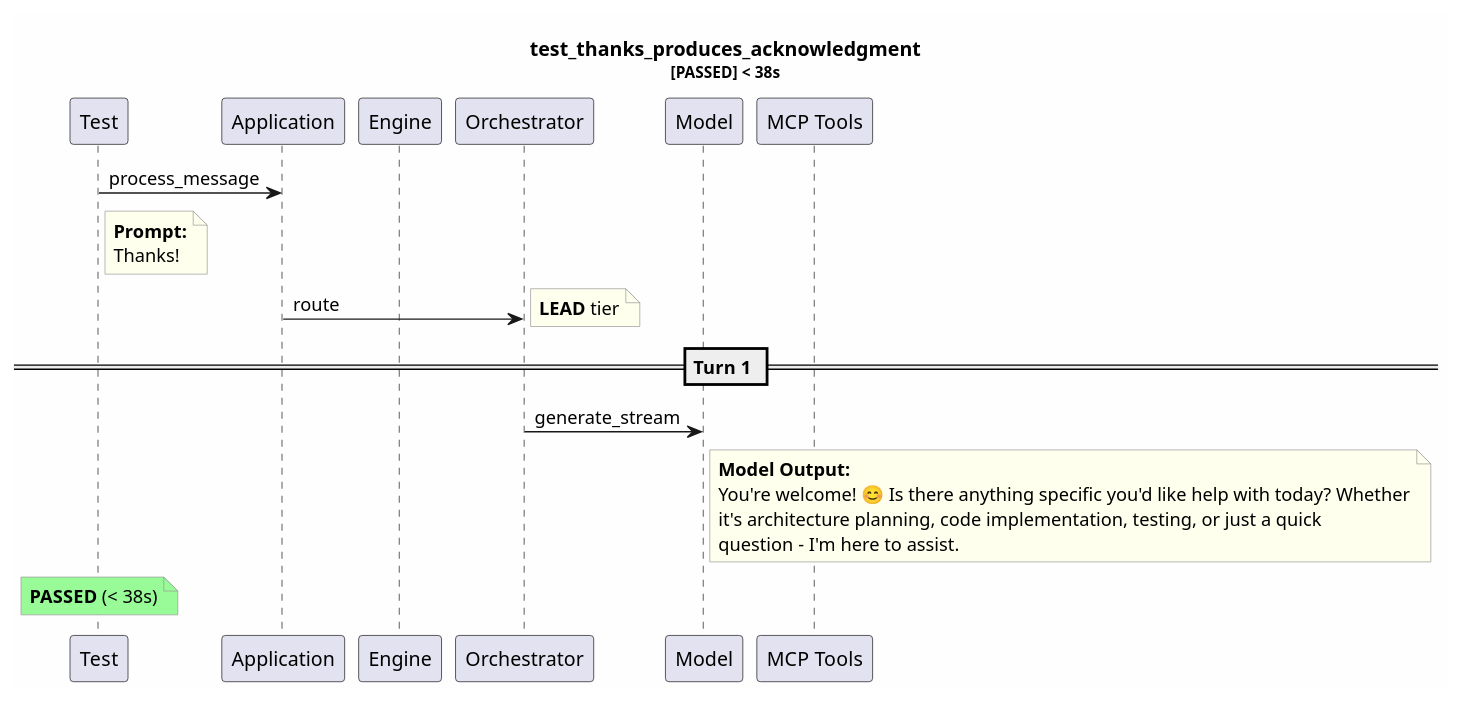
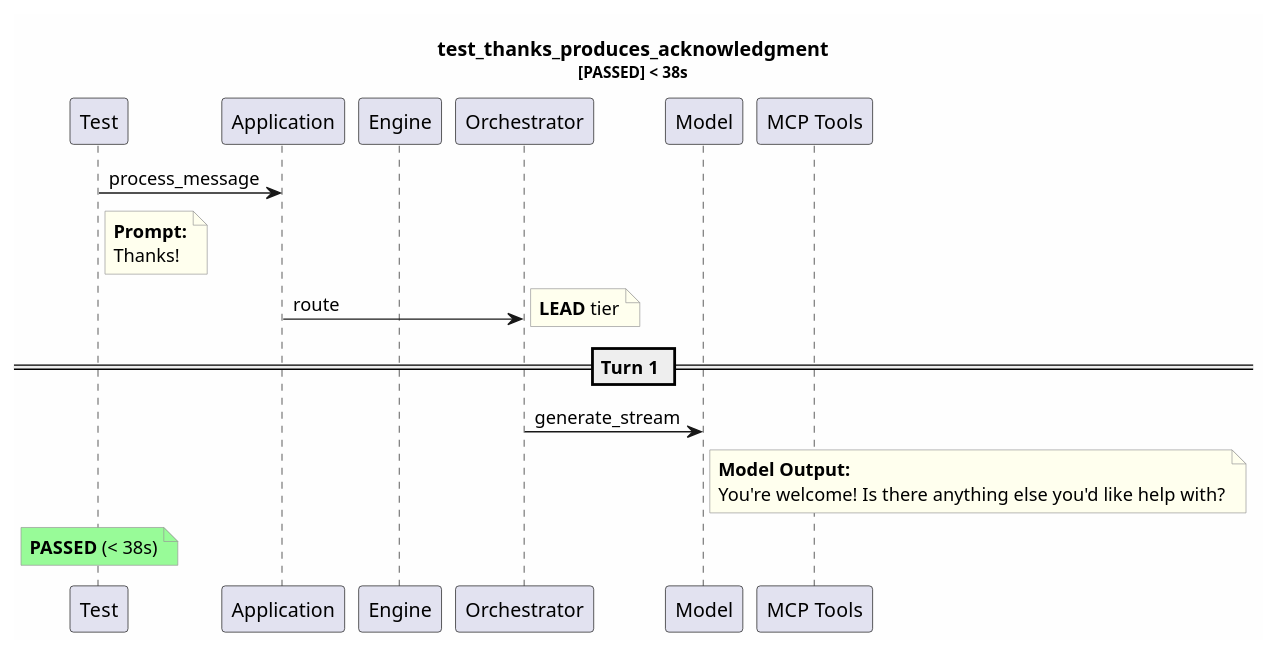
One commit to tvanfossen/entropic changed the diagram in test-reports/logs/test_thanks_produces_acknowledgment/test_thanks_produces_acknowledgment.puml. Above: the diagram before and after it, drawn with PlantUML. The commit also changed 16 other files, not shown here.

```diff
--- a/test-reports/logs/test_thanks_produces_acknowledgment/test_thanks_produces_acknowledgment.puml
+++ b/test-reports/logs/test_thanks_produces_acknowledgment/test_thanks_produces_acknowledgment.puml
@@ -1,33 +1,31 @@
 @startuml
 skinparam backgroundColor #FEFEFE
 skinparam noteBorderColor #999999
 skinparam noteBackgroundColor #FFFFEE
 title test_thanks_produces_acknowledgment\n<size:11>[PASSED] < 38s</size>
 
 participant "Test" as T
 participant "Application" as App
 participant "Engine" as Eng
 participant "Orchestrator" as Orch
 participant "Model" as Mdl
 participant "MCP Tools" as MCP
 
 T -> App: process_message
 note right of T
   **Prompt:**
   Thanks!
 end note
 App -> Orch: route
 note right: **LEAD** tier
 == Turn 1 ==
 Orch -> Mdl: generate_stream
 note right of Mdl
   **Model Output:**
-  You're welcome! 😊 Is there anything specific you'd like help with today? Whether
-  it's architecture planning, code implementation, testing, or just a quick 
-  question - I'm here to assist.
+  You're welcome! Is there anything else you'd like help with?
 end note
 note over T #palegreen
   **PASSED** (< 38s)
 end note
 
 @enduml
```
